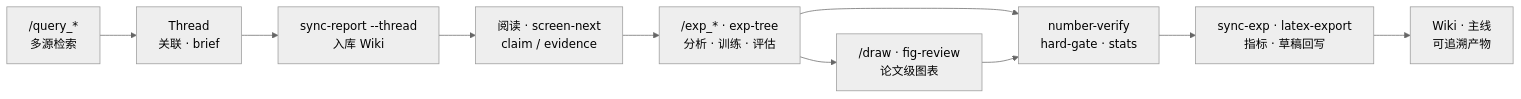
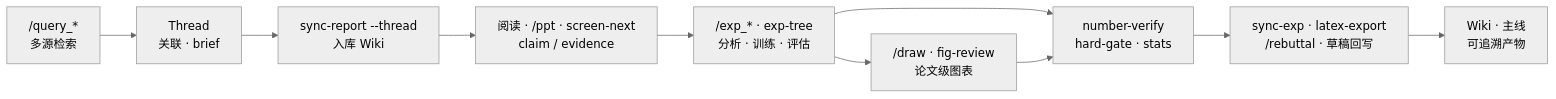
One commit to QinHsiu/Paper_Rec_Skill changed the diagram in README.md. Above: the diagram before and after it, drawn with Mermaid (neutral theme). The commit also changed other lines of this file and 13 other files, not shown here.

First line of the commit message:
feat: add /ppt deep-read slides and /rebuttal with venue gates

````diff
--- a/README.md
+++ b/README.md
@@ -83,12 +83,12 @@
 ```mermaid
 flowchart LR
   A["/query_*<br/>多源检索"] --> T["Thread<br/>关联 · brief"]
   T --> B["sync-report --thread<br/>入库 Wiki"]
-  B --> C["阅读 · screen-next<br/>claim / evidence"]
+  B --> C["阅读 · /ppt · screen-next<br/>claim / evidence"]
   C --> D["/exp_* · exp-tree<br/>分析 · 训练 · 评估"]
   D --> G["/draw · fig-review<br/>论文级图表"]
   D --> V["number-verify<br/>hard-gate · stats"]
   G --> V
-  V --> E["sync-exp · latex-export<br/>指标 · 草稿回写"]
+  V --> E["sync-exp · latex-export<br/>/rebuttal · 草稿回写"]
   E --> F["Wiki · 主线<br/>可追溯产物"]
 ```
````
